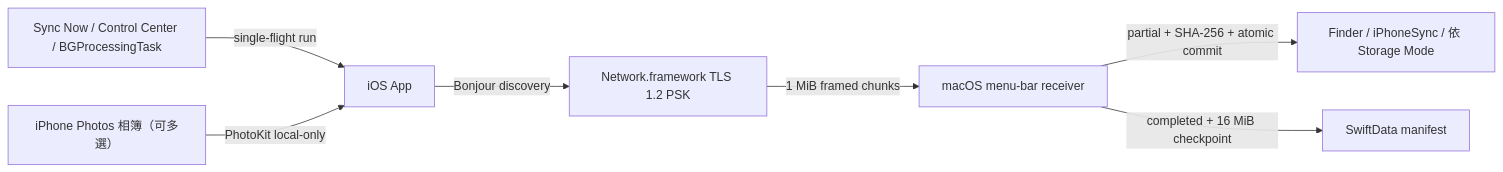
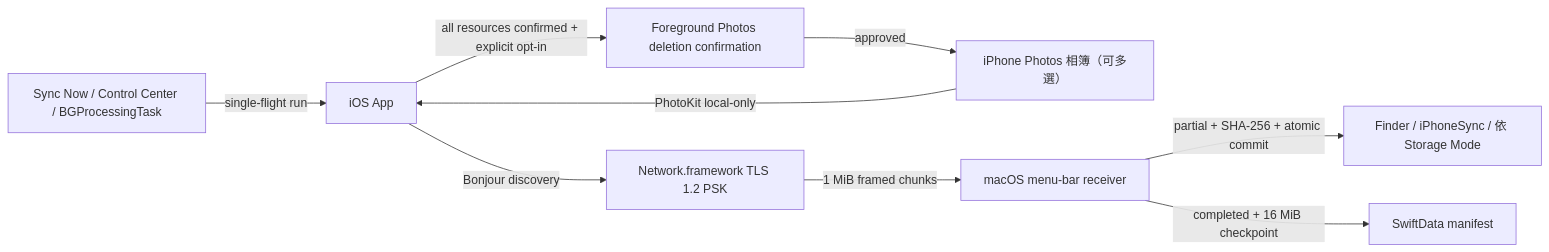
One commit to BizShuk/iphone_sync changed the diagram in README.md. Above: the diagram before and after it, drawn with Mermaid. The commit also changed other lines of this file and 25 other files, not shown here.

````diff
--- a/README.md
+++ b/README.md
@@ -39,9 +42,11 @@
 ```mermaid
 flowchart LR
     T["Sync Now / Control Center / BGProcessingTask"] -->|"single-flight run"| A["iOS App"]
     P["iPhone Photos 相簿（可多選）"] -->|"PhotoKit local-only"| A
     A -->|"Bonjour discovery"| C["Network.framework TLS 1.2 PSK"]
     C -->|"1 MiB framed chunks"| D["macOS menu-bar receiver"]
     D -->|"partial + SHA-256 + atomic commit"| E["Finder / iPhoneSync / 依 Storage Mode"]
     D -->|"completed + 16 MiB checkpoint"| F["SwiftData manifest"]
+    A -->|"all resources confirmed + explicit opt-in"| G["Foreground Photos deletion confirmation"]
+    G -->|"approved"| P
 ```
````
